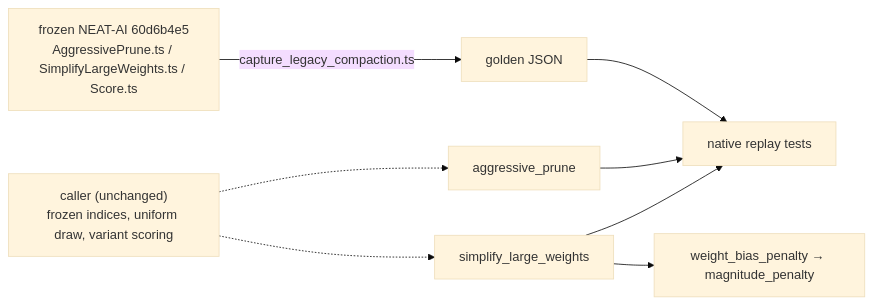
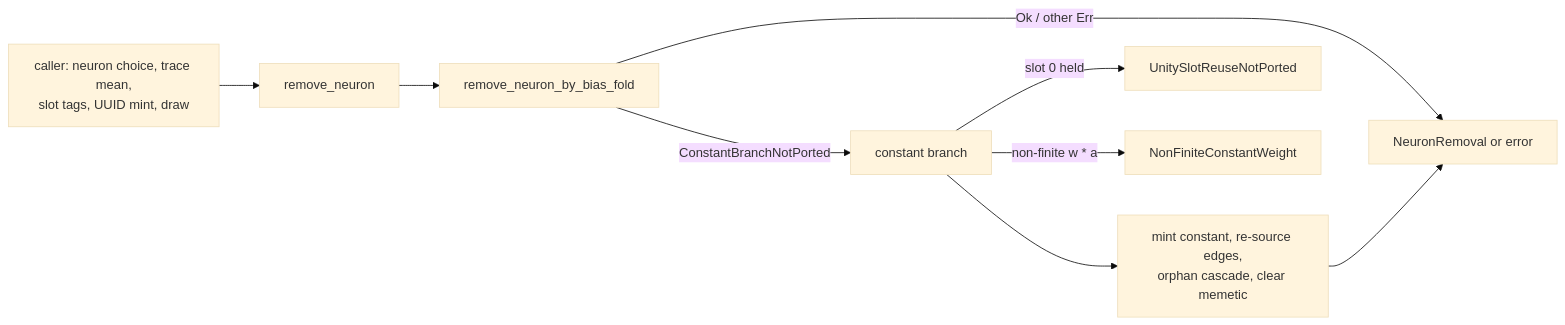
The diagram in docs/archive/pr-summaries/pr-summary-778.md (stSoftwareAU/NEAT-AI-core), drawn with Mermaid (base theme) before and after one commit. The commit also changed other lines of this file and 13 other files, not shown here.

First line of the commit message:
Compaction migration 2B: port existing speculative and trace-dependent compact rules (Issue #778) (#803)

````diff
--- a/docs/archive/pr-summaries/pr-summary-778.md
+++ b/docs/archive/pr-summaries/pr-summary-778.md
@@ -236,10 +76,11 @@
 ```mermaid
 flowchart LR
-    TS["frozen NEAT-AI 60d6b4e5<br/>AggressivePrune.ts / SimplifyLargeWeights.ts / Score.ts"] -->|capture_legacy_compaction.ts| G["golden JSON"]
-    G --> T["native replay tests"]
-    C["caller (unchanged)<br/>frozen indices, uniform draw, variant scoring"] -.-> A["aggressive_prune"]
-    C -.-> S["simplify_large_weights"]
-    S --> P["weight_bias_penalty → magnitude_penalty"]
-    A --> T
-    S --> T
+    C["caller: neuron choice, trace mean,<br/>slot tags, UUID mint, draw"] --> R["remove_neuron"]
+    R --> B["remove_neuron_by_bias_fold"]
+    B -->|"Ok / other Err"| Out["NeuronRemoval or error"]
+    B -->|"ConstantBranchNotPorted"| K["constant branch"]
+    K -->|"slot 0 held"| X["UnitySlotReuseNotPorted"]
+    K -->|"non-finite w * a"| Y["NonFiniteConstantWeight"]
+    K --> M["mint constant, re-source edges,<br/>orphan cascade, clear memetic"]
+    M --> Out
 ```
````
